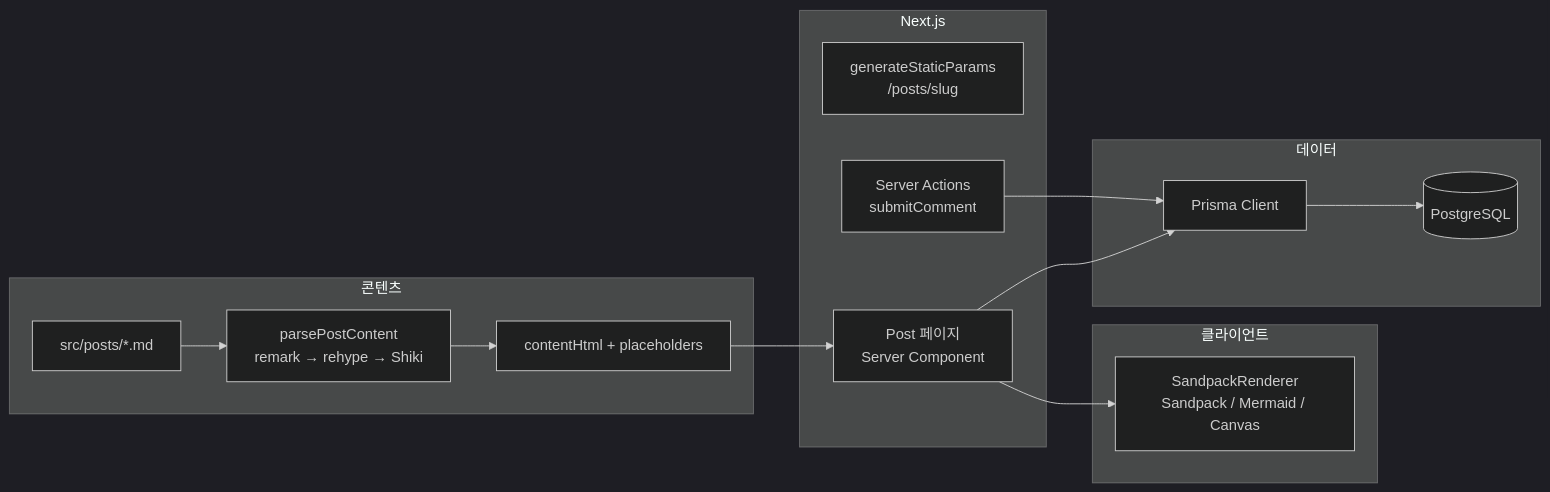
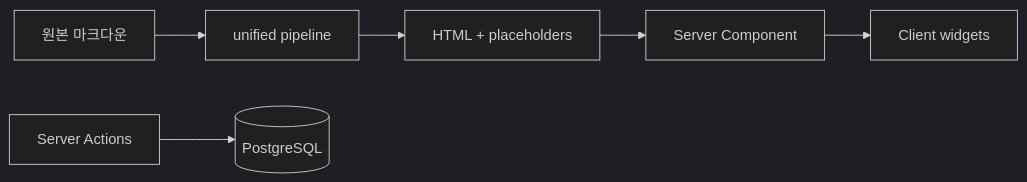
Before and after one commit to eatdu0918/portfolio: the diagram in content/projects/dev-blog/architecture.md, drawn with Mermaid (dark theme). The commit also changed other lines of this file and 41 other files, not shown here.

````diff
--- a/content/projects/dev-blog/architecture.md
+++ b/content/projects/dev-blog/architecture.md
@@ -12,29 +52,8 @@
 ```mermaid
 graph LR
-  subgraph content [콘텐츠]
-    MD["src/posts/*.md"]
-    Parser["parsePostContent\nremark → rehype → Shiki"]
-    HTML["contentHtml + placeholders"]
-  end
-
-  subgraph next [Next.js]
-    SSG["generateStaticParams\n/posts/slug"]
-    Page["Post 페이지\nServer Component"]
-    SA["Server Actions\nsubmitComment"]
-  end
-
-  subgraph client [클라이언트]
-    SP["SandpackRenderer\nSandpack / Mermaid / Canvas"]
-  end
-
-  subgraph data [데이터]
-    PG[(PostgreSQL)]
-    Prisma["Prisma Client"]
-  end
-
-  MD --> Parser --> HTML
-  HTML --> Page
-  Page --> SP
-  SA --> Prisma --> PG
-  Page --> Prisma
+    MD[원본 마크다운] --> Parser[unified pipeline]
+    Parser --> HTML[HTML + placeholders]
+    HTML --> Page[Server Component]
+    Page --> Client[Client widgets]
+    SA[Server Actions] --> DB[(PostgreSQL)]
 ```
````
